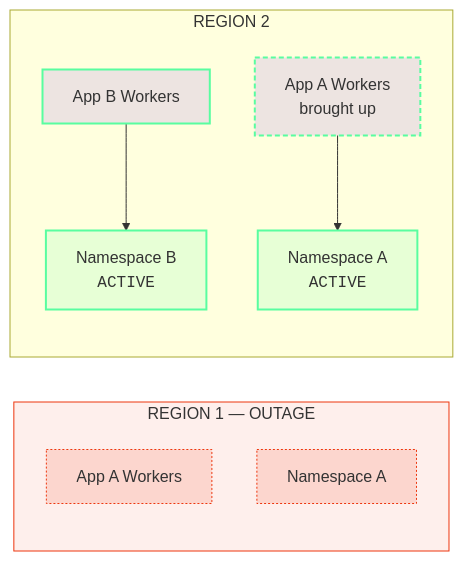
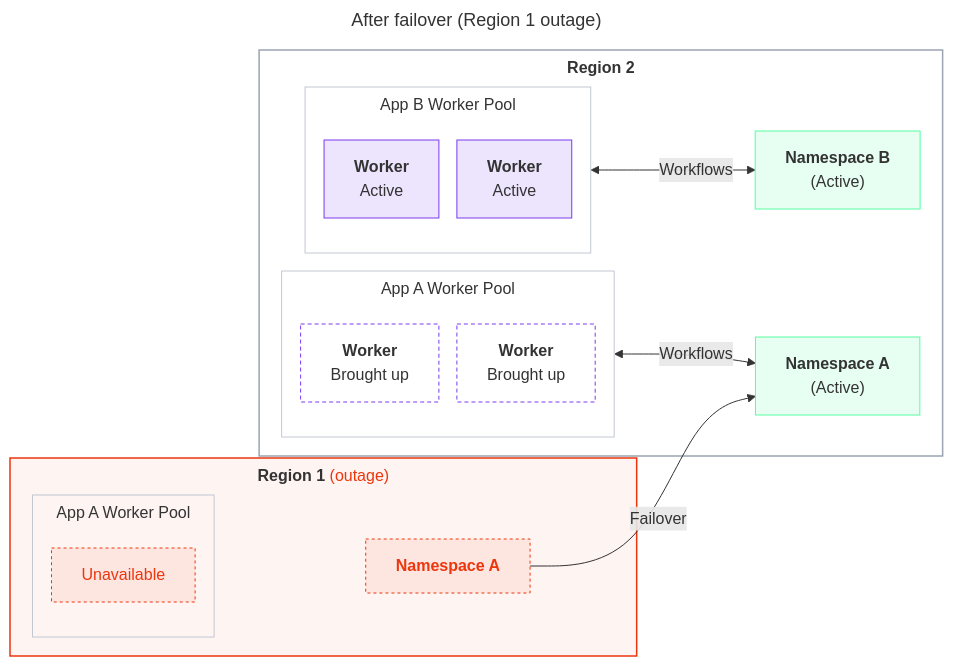
One commit to temporalio/documentation changed diagram 14 of 14 in docs/cloud/high-availability/deployment-patterns.mdx. Above: the diagram before and after it, drawn with Mermaid. The commit also changed other lines of this file and 3 other files, not shown here.

````diff
--- a/docs/cloud/high-availability/deployment-patterns.mdx
+++ b/docs/cloud/high-availability/deployment-patterns.mdx
@@ -382,23 +644,39 @@
 ```mermaid
-%%{init: {'themeVariables':{'fontFamily':'Inter, ui-sans-serif, system-ui, sans-serif'},'flowchart':{'nodeSpacing':45,'rankSpacing':70,'curve':'basis'}}}%%
+---
+title: After failover (Region 1 outage)
+---
+%%{init: {'themeVariables':{'fontFamily':'Inter, ui-sans-serif, system-ui, sans-serif'},'flowchart':{'nodeSpacing':18,'rankSpacing':45,'curve':'basis','subGraphTitleMargin':{'top':6,'bottom':12}}}}%%
 flowchart LR
-  classDef tcloud fill:#59FDA024,stroke:#59FDA0,stroke-width:2px;
-  classDef wactive fill:#7C3AED22,stroke:#59FDA0,stroke-width:2px;
-  classDef wnew fill:#7C3AED22,stroke:#59FDA0,stroke-width:2px,stroke-dasharray:5 3;
-  classDef down fill:#ED360E22,stroke:#ED360E,stroke-width:1px,stroke-dasharray:2 2;
-  subgraph R1["REGION 1 — OUTAGE"]
-    direction TB
-    WA["App A Workers"]:::down
-    NAa["Namespace A"]:::down
-  end
-  subgraph R2["REGION 2"]
-    direction TB
-    WB["App B Workers"]:::wactive
-    WA2["App A Workers<br/>brought up"]:::wnew
-    NBa["Namespace B<br/><samp>ACTIVE</samp>"]:::tcloud
-    NAa2["Namespace A<br/><samp>ACTIVE</samp>"]:::tcloud
-  end
-  WB --> NBa
-  WA2 --> NAa2
-  style R1 fill:#ED360E14,stroke:#ED360E
+    classDef worker fill:#7C3AED22,stroke:#7C3AED,stroke-width:1px;
+    classDef workerhollow fill:transparent,stroke:#7C3AED,stroke-width:1px,stroke-dasharray:4 3;
+    classDef ns fill:#59FDA024,stroke:#59FDA0,stroke-width:1px;
+    classDef down fill:#ED360E14,stroke:#ED360E,stroke-width:1px,stroke-dasharray:3 3,color:#ED360E;
+    classDef region fill:transparent,stroke:#9aa4b2,stroke-width:1.5px;
+    classDef regiondown fill:#ED360E0D,stroke:#ED360E,stroke-width:1.5px;
+    classDef pool fill:transparent,stroke:#c2c8d2,stroke-width:1px;
+    subgraph DUFR1["<b>Region 1</b> <span style='color:#ED360E'>(outage)</span>"]
+      subgraph DUFWPA["App A Worker Pool"]
+        DUFA1["Unavailable"]:::down
+      end
+      DUFNAa["<b>Namespace A</b>"]:::down
+      DUFWPA ~~~ DUFNAa
+    end
+    subgraph DUFR2["<b>Region 2</b>"]
+      subgraph DUFWPB["App B Worker Pool"]
+        DUFB1["<b>Worker</b><br/>Active"]:::worker
+        DUFB2["<b>Worker</b><br/>Active"]:::worker
+      end
+      subgraph DUFWPA2["App A Worker Pool"]
+        DUFA2a["<b>Worker</b><br/>Brought up"]:::workerhollow
+        DUFA2b["<b>Worker</b><br/>Brought up"]:::workerhollow
+      end
+      DUFNBa["<b>Namespace B</b><br/>(Active)"]:::ns
+      DUFNAa2["<b>Namespace A</b><br/>(Active)"]:::ns
+      DUFWPB <-->|Workflows| DUFNBa
+      DUFWPA2 <-->|Workflows| DUFNAa2
+    end
+    DUFNAa -->|"Failover"| DUFNAa2
+    class DUFR1 regiondown
+    class DUFR2 region
+    class DUFWPA,DUFWPB,DUFWPA2 pool
 ```
````
